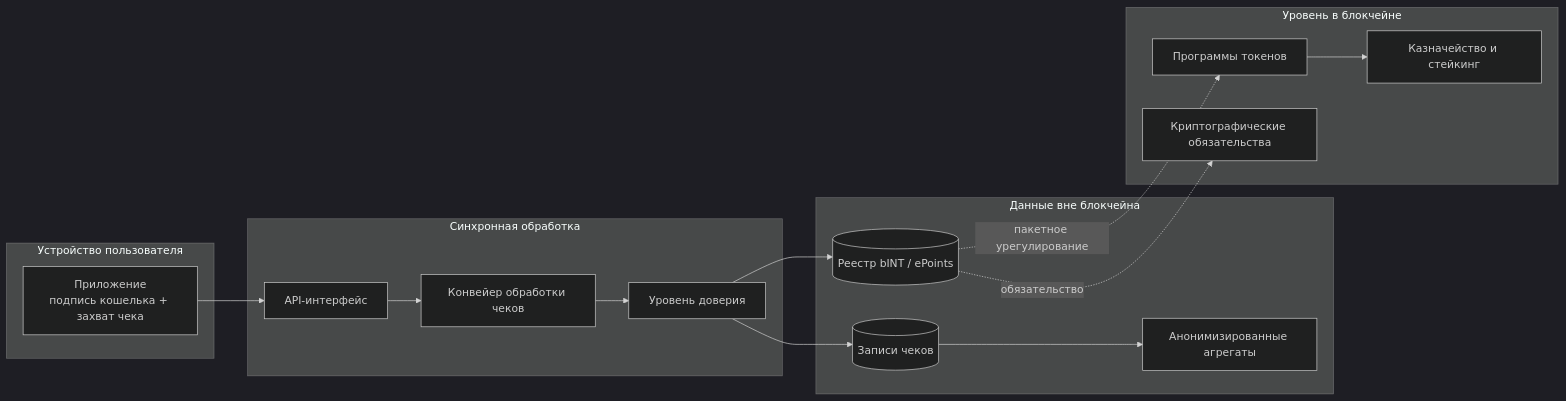
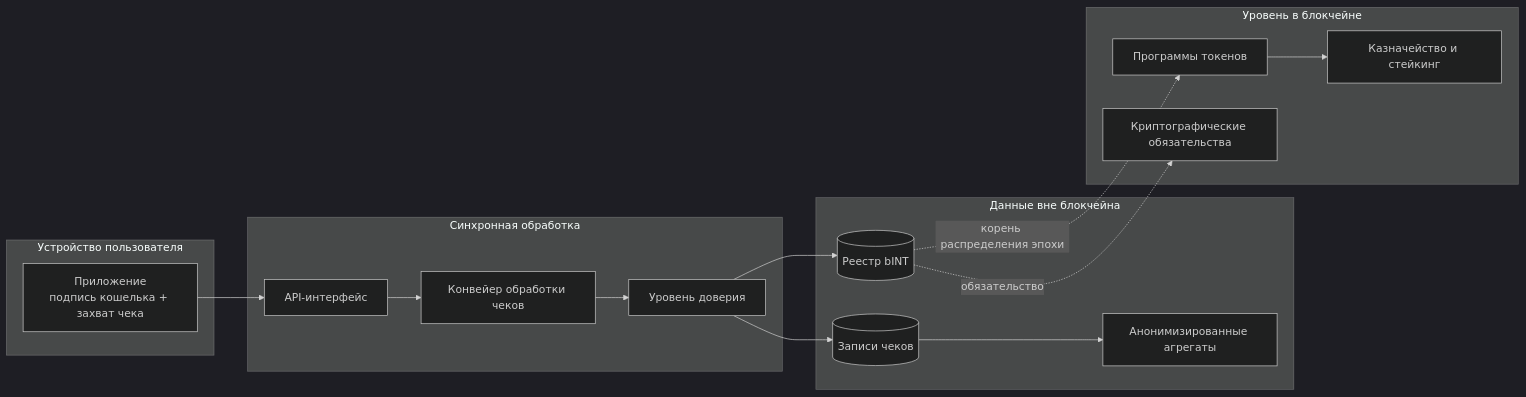
The diagram in content/technical-paper/ru/01-architecture-overview/02-system-map.md (Yumo-Yumo-Inc/yumoyumohq), drawn with Mermaid (dark theme) before and after one commit. The commit also changed other lines of this file and 1048 other files, not shown here.

````diff
--- a/content/technical-paper/ru/01-architecture-overview/02-system-map.md
+++ b/content/technical-paper/ru/01-architecture-overview/02-system-map.md
@@ -5,32 +5,32 @@
 ```mermaid
 flowchart LR
     subgraph Client["Устройство пользователя"]
         A["Приложение<br/>подпись кошелька + захват чека"]
     end
 
     subgraph Processing["Синхронная обработка"]
         B["API-интерфейс"]
         C["Конвейер обработки чеков"]
         D["Уровень доверия"]
     end
 
     subgraph Data["Данные вне блокчейна"]
         E[("Записи чеков")]
-        F[("Реестр bINT / ePoints")]
+        F[("Реестр bINT")]
         G["Анонимизированные агрегаты"]
     end
 
     subgraph Chain["Уровень в блокчейне"]
         H["Программы токенов"]
         I["Казначейство и стейкинг"]
         J["Криптографические обязательства"]
     end
 
     A --> B --> C --> D
     D --> E
     D --> F
     E --> G
-    F -. "пакетное урегулирование" .-> H
+    F -. "корень распределения эпохи" .-> H
     F -. "обязательство" .-> J
     H --> I
 ```
````
